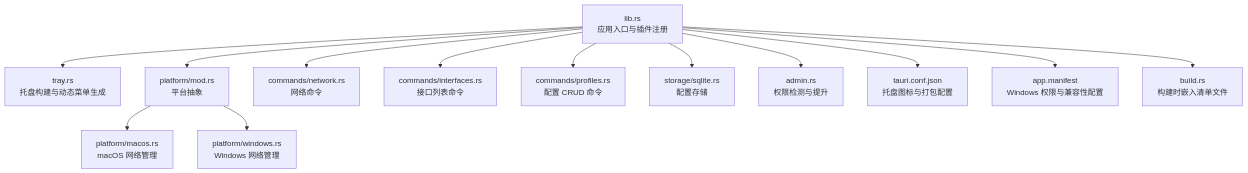
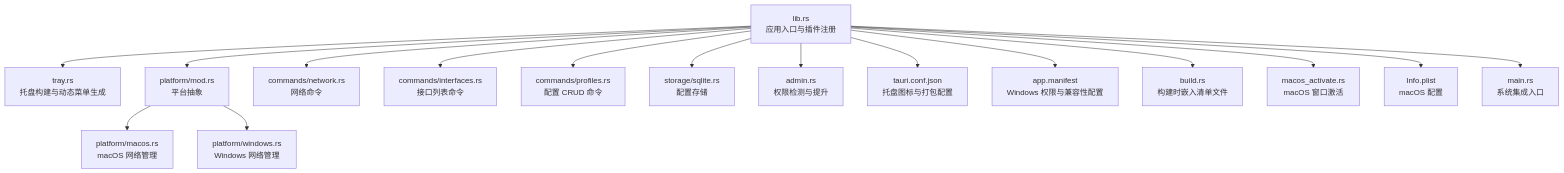
Before and after one commit to xdongliang/IPSwitcher: the first of 10 diagrams in .qoder/repowiki/zh/content/系统集成/系统集成.md, drawn with Mermaid. The commit also changed other lines of this file and 5 other files, not shown here.

````diff
--- a/.qoder/repowiki/zh/content/系统集成/系统集成.md
+++ b/.qoder/repowiki/zh/content/系统集成/系统集成.md
@@ -53,15 +53,18 @@
 ```mermaid
 graph TB
 A["lib.rs<br/>应用入口与插件注册"] --> B["tray.rs<br/>托盘构建与动态菜单生成"]
 A --> C["platform/mod.rs<br/>平台抽象"]
 C --> C1["platform/macos.rs<br/>macOS 网络管理"]
 C --> C2["platform/windows.rs<br/>Windows 网络管理"]
 A --> D["commands/network.rs<br/>网络命令"]
 A --> E["commands/interfaces.rs<br/>接口列表命令"]
 A --> F["commands/profiles.rs<br/>配置 CRUD 命令"]
 A --> G["storage/sqlite.rs<br/>配置存储"]
 A --> H["admin.rs<br/>权限检测与提升"]
 A --> I["tauri.conf.json<br/>托盘图标与打包配置"]
 A --> J["app.manifest<br/>Windows 权限与兼容性配置"]
 A --> K["build.rs<br/>构建时嵌入清单文件"]
+A --> L["macos_activate.rs<br/>macOS 窗口激活"]
+A --> M["Info.plist<br/>macOS 配置"]
+A --> N["main.rs<br/>系统集成入口"]
 ```
````
